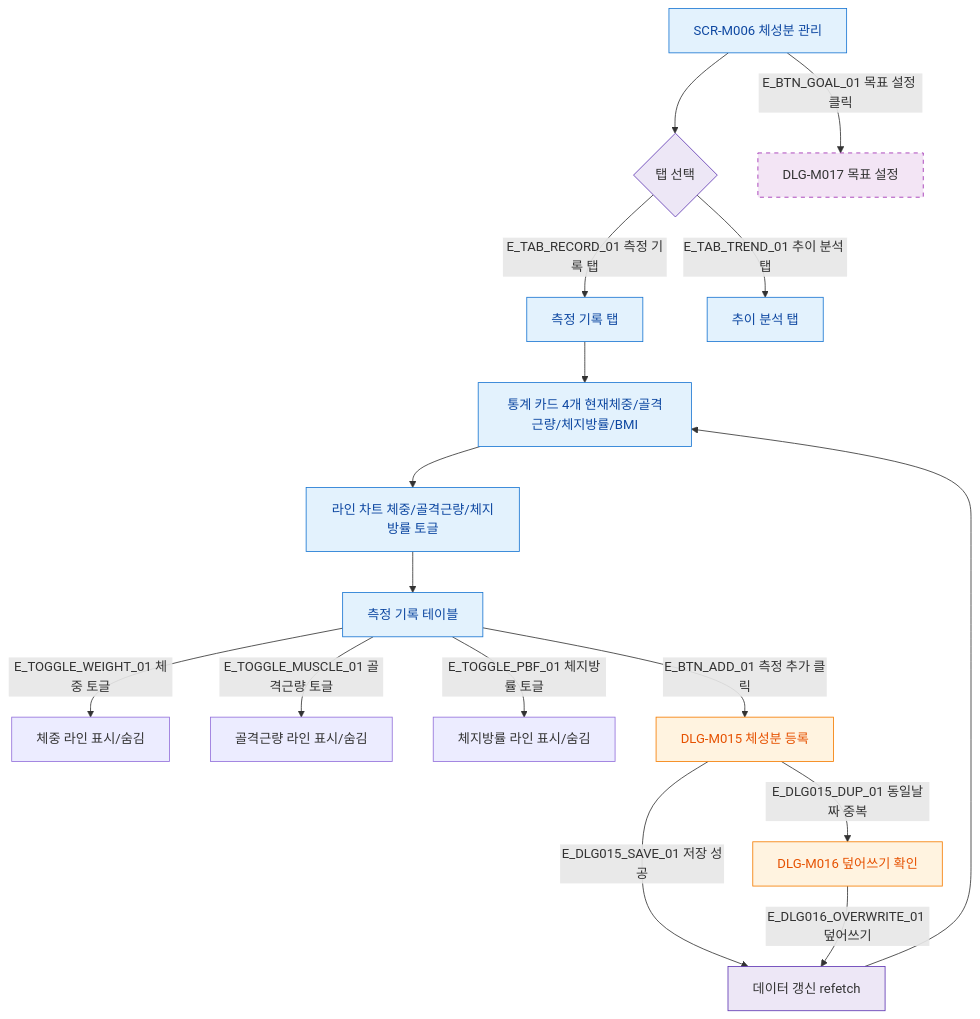
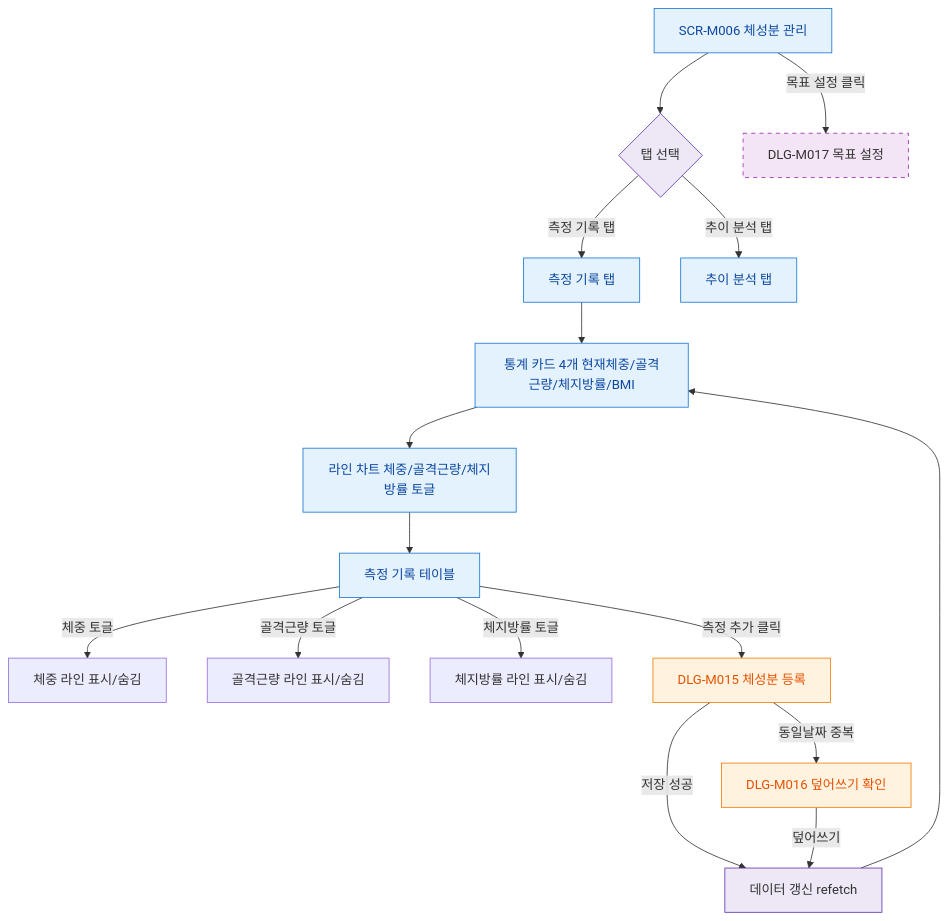
Before and after one commit to dev-spogym/admin-pando: the diagram in docs/다이어그램/D02_회원관리/SCR-M006_체성분관리/F2_메인인터랙션.md, drawn with Mermaid. The commit also changed other lines of this file and 1660 other files, not shown here.

First line of the commit message:
다이어그램: 기획자/클라이언트 납품본으로 정리

````diff
--- a/docs/다이어그램/D02_회원관리/SCR-M006_체성분관리/F2_메인인터랙션.md
+++ b/docs/다이어그램/D02_회원관리/SCR-M006_체성분관리/F2_메인인터랙션.md
@@ -22,35 +20,35 @@
 ```mermaid
 flowchart TD
   SCR_M006[SCR-M006 체성분 관리]
 
   SCR_M006 --> TAB_NAV{탭 선택}
-  TAB_NAV -->|E_TAB_RECORD_01 측정 기록 탭| TAB_RECORD[측정 기록 탭]
-  TAB_NAV -->|E_TAB_TREND_01 추이 분석 탭| TAB_TREND[추이 분석 탭]
+  TAB_NAV -->|측정 기록 탭|TAB_RECORD[측정 기록 탭]
+  TAB_NAV -->|추이 분석 탭|TAB_TREND[추이 분석 탭]
 
   TAB_RECORD --> STAT_CARDS[통계 카드 4개 현재체중/골격근량/체지방률/BMI]
   STAT_CARDS --> CHART[라인 차트 체중/골격근량/체지방률 토글]
   CHART --> TABLE[측정 기록 테이블]
 
-  TABLE -->|E_TOGGLE_WEIGHT_01 체중 토글| CHART_WEIGHT[체중 라인 표시/숨김]
-  TABLE -->|E_TOGGLE_MUSCLE_01 골격근량 토글| CHART_MUSCLE[골격근량 라인 표시/숨김]
-  TABLE -->|E_TOGGLE_PBF_01 체지방률 토글| CHART_PBF[체지방률 라인 표시/숨김]
+  TABLE -->|체중 토글|CHART_WEIGHT[체중 라인 표시/숨김]
+  TABLE -->|골격근량 토글|CHART_MUSCLE[골격근량 라인 표시/숨김]
+  TABLE -->|체지방률 토글|CHART_PBF[체지방률 라인 표시/숨김]
 
-  TABLE -->|E_BTN_ADD_01 측정 추가 클릭| DLG_M015[DLG-M015 체성분 등록]
-  DLG_M015 -->|E_DLG015_SAVE_01 저장 성공| REFRESH[데이터 갱신 refetch]
+  TABLE -->|측정 추가 클릭|DLG_M015[DLG-M015 체성분 등록]
+  DLG_M015 -->|저장 성공|REFRESH[데이터 갱신 refetch]
   REFRESH --> STAT_CARDS
 
-  DLG_M015 -->|E_DLG015_DUP_01 동일날짜 중복| DLG_M016[DLG-M016 덮어쓰기 확인]
-  DLG_M016 -->|E_DLG016_OVERWRITE_01 덮어쓰기| REFRESH
+  DLG_M015 -->|동일날짜 중복|DLG_M016[DLG-M016 덮어쓰기 확인]
+  DLG_M016 -->|덮어쓰기|REFRESH
 
-  SCR_M006 -->|E_BTN_GOAL_01 목표 설정 클릭| DLG_M017[DLG-M017 목표 설정]
+  SCR_M006 -->|목표 설정 클릭|DLG_M017[DLG-M017 목표 설정]
 
-  classDef screen     fill:#E3F2FD,stroke:#1976D2,color:#0D47A1
-  classDef modal      fill:#FFF3E0,stroke:#F57C00,color:#E65100
+  classDef screen fill:#E3F2FD,stroke:#1976D2,color:#0D47A1
+  classDef modal fill:#FFF3E0,stroke:#F57C00,color:#E65100
   classDef newFeature fill:#F3E5F5,stroke:#9C27B0,stroke-dasharray:5 5
-  classDef system     fill:#EDE7F6,stroke:#5E35B2
+  classDef system fill:#EDE7F6,stroke:#5E35B2
 
   class SCR_M006,TAB_RECORD,TAB_TREND,STAT_CARDS,CHART,TABLE screen
   class DLG_M015,DLG_M016 modal
   class DLG_M017 newFeature
   class TAB_NAV,REFRESH system
 ```
````
